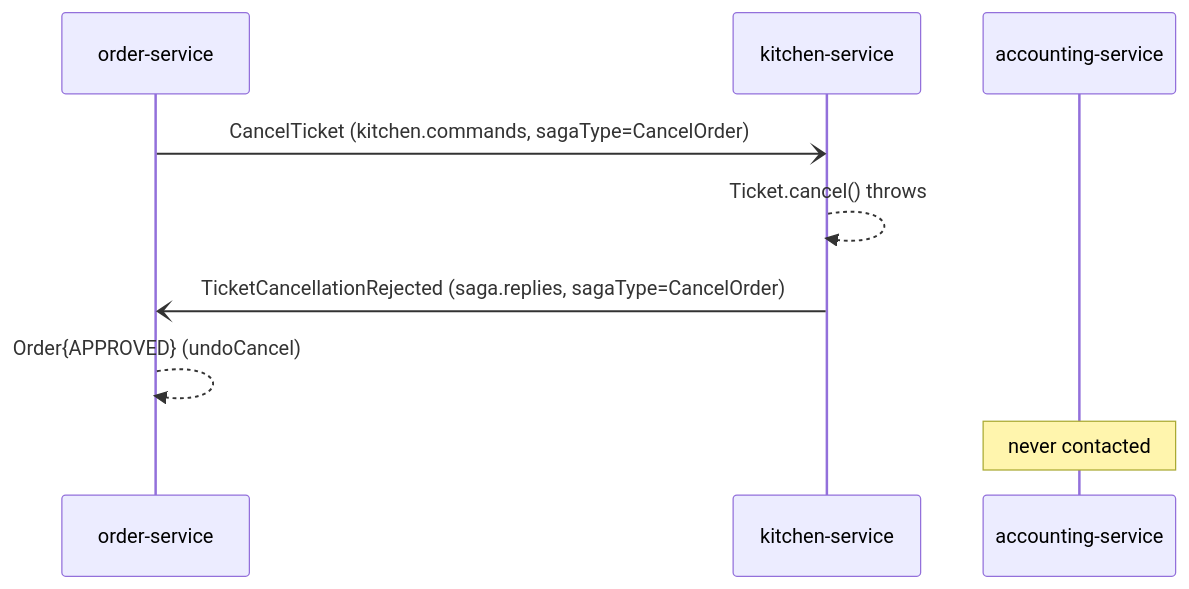
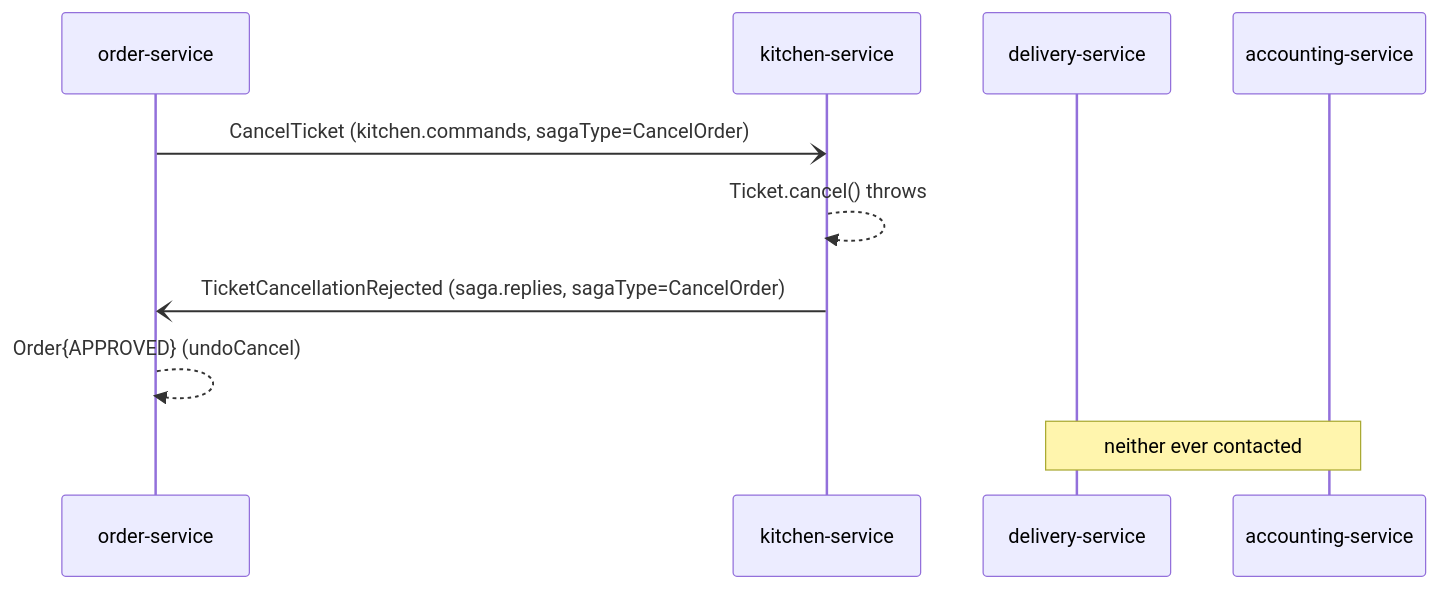
Diagram 14 of 22 in docs/ARCHITECTURE.md (sanjaykpradhan10/my-food-to-go-app), drawn with Mermaid before and after one commit. The commit also changed other lines of this file and 5 other files, not shown here.

````diff
--- a/docs/ARCHITECTURE.md
+++ b/docs/ARCHITECTURE.md
@@ -324,12 +422,13 @@
 ```mermaid
 sequenceDiagram
     participant O as order-service
     participant K as kitchen-service
+    participant D as delivery-service
     participant A as accounting-service
 
     O-)K: CancelTicket (kitchen.commands, sagaType=CancelOrder)
     K-->>K: Ticket.cancel() throws
     K-)O: TicketCancellationRejected (saga.replies, sagaType=CancelOrder)
     O-->>O: Order{APPROVED} (undoCancel)
-    Note over A: never contacted
+    Note over D,A: neither ever contacted
 ```
````
